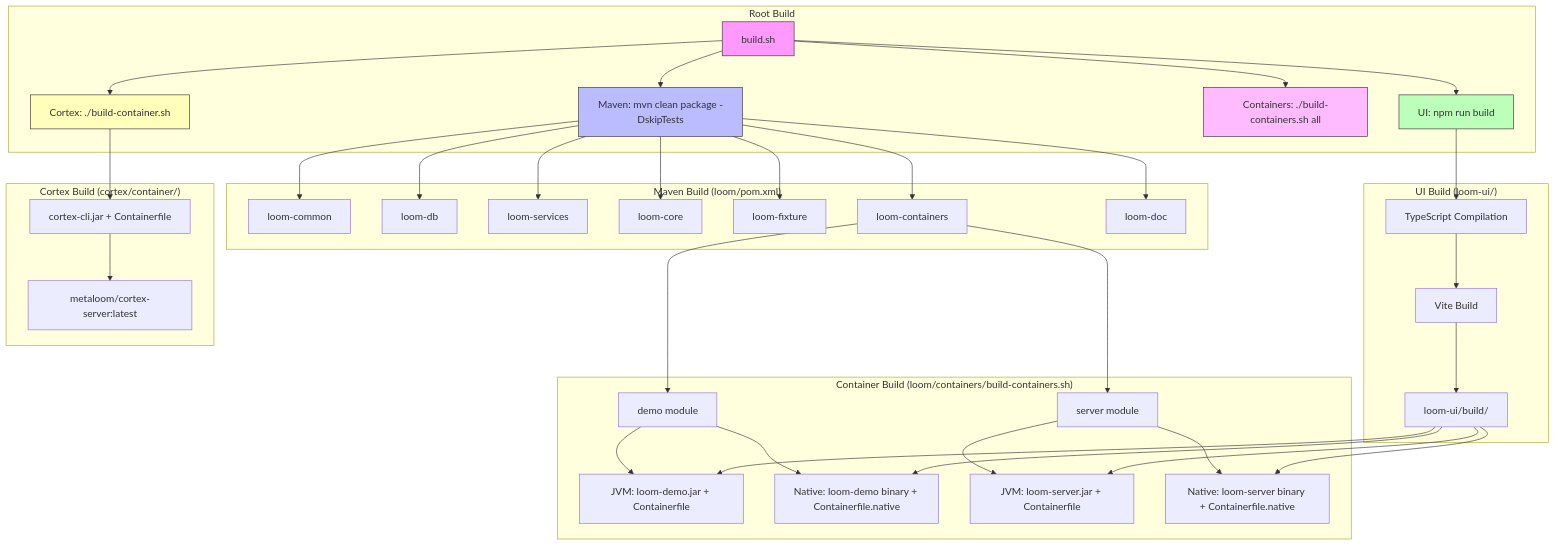
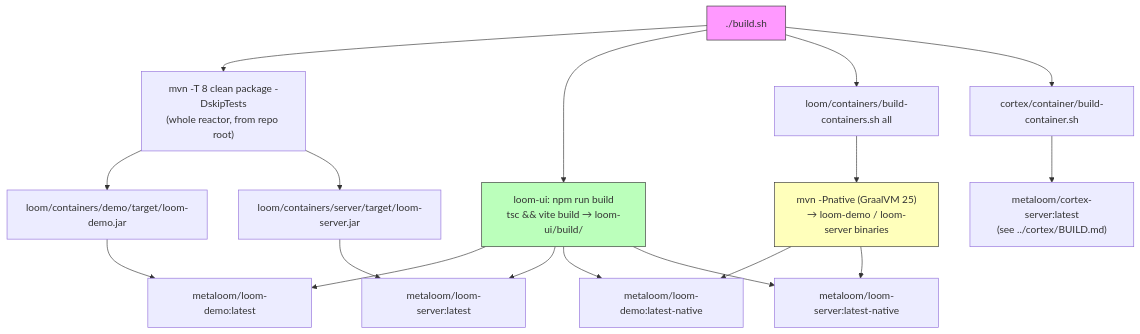
Before and after one commit to metaloom/metaloom: the diagram in spec/loom/BUILD.md, drawn with Mermaid. The commit also changed other lines of this file and 45 other files, not shown here.

````diff
--- a/spec/loom/BUILD.md
+++ b/spec/loom/BUILD.md
@@ -34,49 +43,30 @@
 ```mermaid
 graph TB
-    subgraph "Root Build"
-        A[build.sh] --> B[Maven: mvn clean package -DskipTests]
-        A --> C[UI: npm run build]
-        A --> D[Containers: ./build-containers.sh all]
-        A --> E[Cortex: ./build-container.sh]
-    end
+    BS["./build.sh"]
 
-    subgraph "Maven Build (loom/pom.xml)"
-        B --> F[loom-common]
-        B --> G[loom-db]
-        B --> H[loom-services]
-        B --> I[loom-core]
-        B --> J[loom-fixture]
-        B --> L[loom-containers]
-        B --> M[loom-doc]
-    end
+    BS --> MVN["mvn -T 8 clean package -DskipTests<br/>(whole reactor, from repo root)"]
+    BS --> UI["loom-ui: npm run build<br/>tsc && vite build → loom-ui/build/"]
+    BS --> LC["loom/containers/build-containers.sh all"]
+    BS --> CC["cortex/container/build-container.sh"]
 
-    subgraph "Container Build (loom/containers/build-containers.sh)"
-        L --> N[demo module]
-        L --> O[server module]
-        N --> P[JVM: loom-demo.jar + Containerfile]
-        N --> Q[Native: loom-demo binary + Containerfile.native]
-        O --> R[JVM: loom-server.jar + Containerfile]
-        O --> S[Native: loom-server binary + Containerfile.native]
-    end
+    MVN --> JAR1["loom/containers/demo/target/loom-demo.jar"]
+    MVN --> JAR2["loom/containers/server/target/loom-server.jar"]
 
-    subgraph "UI Build (loom-ui/)"
-        C --> T[TypeScript Compilation]
-        T --> U[Vite Build]
-        U --> V[loom-ui/build/]
-        V --> P
-        V --> Q
-        V --> R
-        V --> S
-    end
+    LC --> NB["mvn -Pnative (GraalVM 25)<br/>→ loom-demo / loom-server binaries"]
 
-    subgraph "Cortex Build (cortex/container/)"
-        E --> W[cortex-cli.jar + Containerfile]
-        W --> X[metaloom/cortex-server:latest]
-    end
+    JAR1 --> I1["metaloom/loom-demo:latest"]
+    JAR2 --> I2["metaloom/loom-server:latest"]
+    NB --> I3["metaloom/loom-demo:latest-native"]
+    NB --> I4["metaloom/loom-server:latest-native"]
 
-    style A fill:#f9f,stroke:#333
-    style B fill:#bbf,stroke:#333
-    style C fill:#bfb,stroke:#333
-    style D fill:#fbf,stroke:#333
-    style E fill:#ffb,stroke:#333
+    UI --> I1
+    UI --> I2
+    UI --> I3
+    UI --> I4
+
+    CC --> I5["metaloom/cortex-server:latest<br/>(see ../cortex/BUILD.md)"]
+
+    style BS fill:#f9f,stroke:#333
+    style UI fill:#bfb,stroke:#333
+    style NB fill:#ffb,stroke:#333
 ```
````
